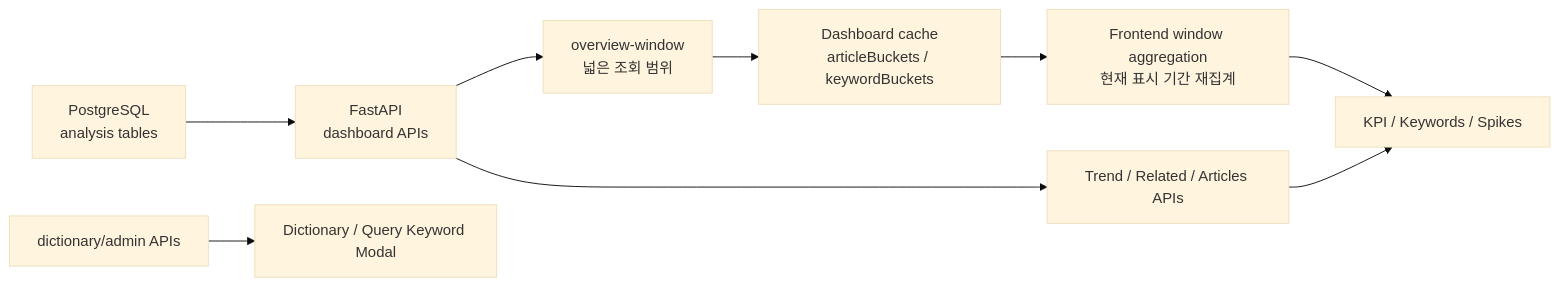
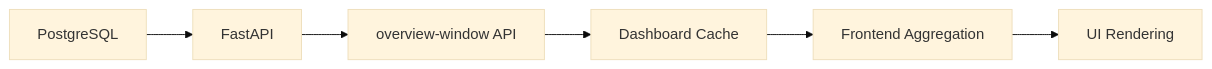
Before and after one commit to yeongmin-yu/news-trend-pipeline-dev: the diagram in docs/design/STEP5_SERVING.md, drawn with Mermaid (base theme). The commit also changed other lines of this file, not shown here.

Commit message:
docs: split STEP5 into API and Dashboard overview

````diff
--- a/docs/design/STEP5_SERVING.md
+++ b/docs/design/STEP5_SERVING.md
@@ -11,13 +14,8 @@
 ```mermaid
 flowchart LR
-    A["PostgreSQL<br/>analysis tables"] --> B["FastAPI<br/>dashboard APIs"]
-    B --> C["overview-window<br/>넓은 조회 범위"]
-    C --> D["Dashboard cache<br/>articleBuckets / keywordBuckets"]
-    D --> E["Frontend window aggregation<br/>현재 표시 기간 재집계"]
-    E --> F["KPI / Keywords / Spikes"]
-
-    B --> G["Trend / Related / Articles APIs"]
-    G --> F
-
-    H["dictionary/admin APIs"] --> I["Dictionary / Query Keyword Modal"]
+    A[PostgreSQL] --> B[FastAPI]
+    B --> C[overview-window API]
+    C --> D[Dashboard Cache]
+    D --> E[Frontend Aggregation]
+    E --> F[UI Rendering]
 ```
````
